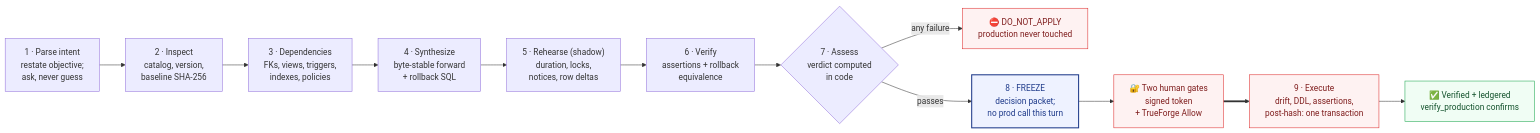
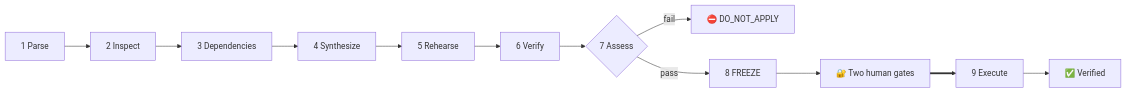
The fifth of 6 diagrams in README.md (harshaxyZ/schemaforge), drawn with Mermaid before and after one commit. The commit also changed other lines of this file and 3 other files, not shown here.

````diff
--- a/README.md
+++ b/README.md
@@ -166,21 +324,7 @@
 ```mermaid
 flowchart LR
-    s1["1 · Parse intent<br/>restate objective;<br/>ask, never guess"] --> s2["2 · Inspect<br/>catalog, version,<br/>baseline SHA-256"]
-    s2 --> s3["3 · Dependencies<br/>FKs, views, triggers,<br/>indexes, policies"]
-    s3 --> s4["4 · Synthesize<br/>byte-stable forward<br/>+ rollback SQL"]
-    s4 --> s5["5 · Rehearse (shadow)<br/>duration, locks,<br/>notices, row deltas"]
-    s5 --> s6["6 · Verify<br/>assertions + rollback<br/>equivalence"]
-    s6 --> s7{"7 · Assess<br/>verdict computed<br/>in code"}
-    s7 -->|any failure| stop["⛔ DO_NOT_APPLY<br/>production never touched"]
-    s7 -->|passes| s8["8 · FREEZE<br/>decision packet;<br/>no prod call this turn"]
-    s8 --> gate["🔐 Two human gates<br/>signed token<br/>+ TrueForge Allow"]
-    gate ==> s9["9 · Execute<br/>drift, DDL, assertions,<br/>post-hash: one transaction"]
-    s9 --> s10["✅ Verified + ledgered<br/>verify_production confirms"]
-
-    classDef danger fill:#fef2f2,stroke:#dc2626,color:#7f1d1d
-    classDef freeze fill:#eef2ff,stroke:#1e3a8a,stroke-width:2px,color:#1e3a8a
-    classDef ok fill:#f0fdf4,stroke:#16a34a,color:#14532d
-    class stop,gate,s9 danger
-    class s8 freeze
-    class s10 ok
+    s1["1 Parse"] --> s2["2 Inspect"] --> s3["3 Dependencies"] --> s4["4 Synthesize"] --> s5["5 Rehearse"]
+    s5 --> s6["6 Verify"] --> s7{"7 Assess"}
+    s7 -->|fail| stop["⛔ DO_NOT_APPLY"]
+    s7 -->|pass| s8["8 FREEZE"] --> gate["🔐 Two human gates"] ==> s9["9 Execute"] --> done["✅ Verified"]
 ```
````
